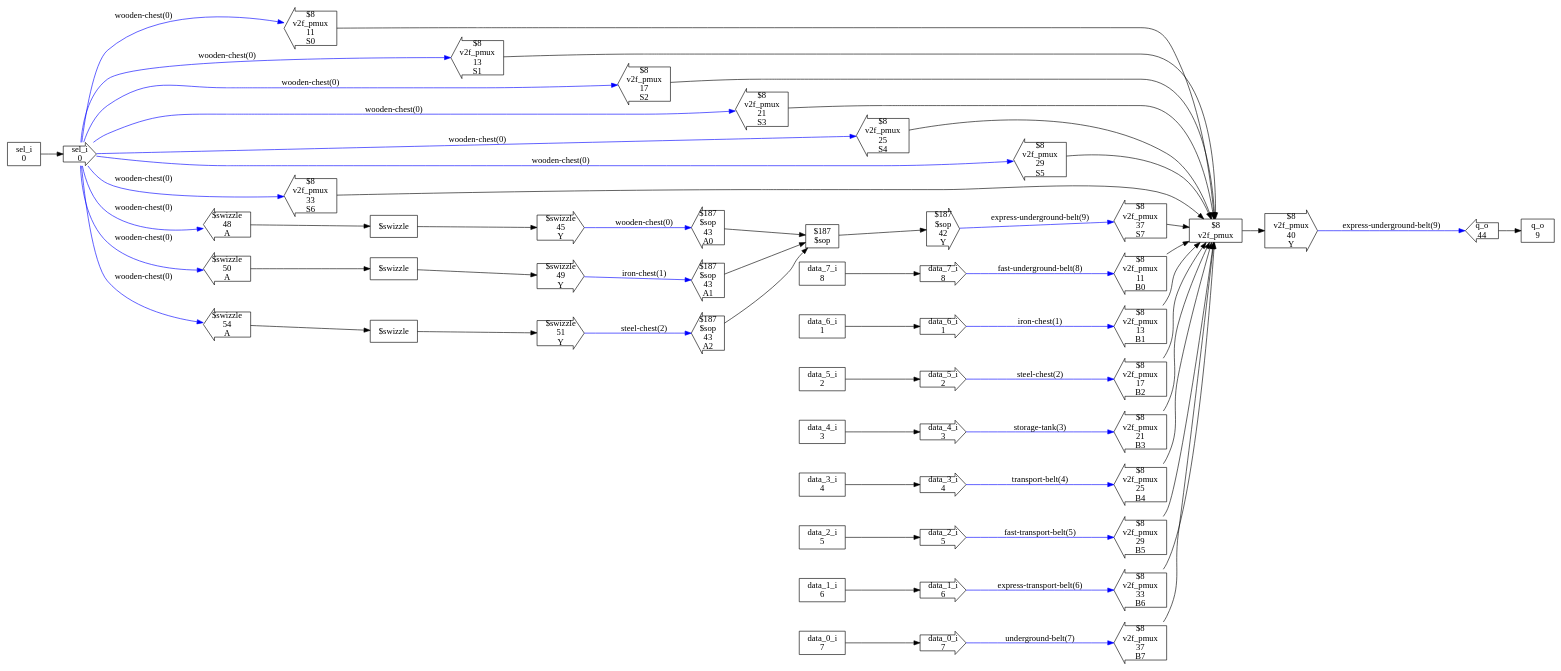
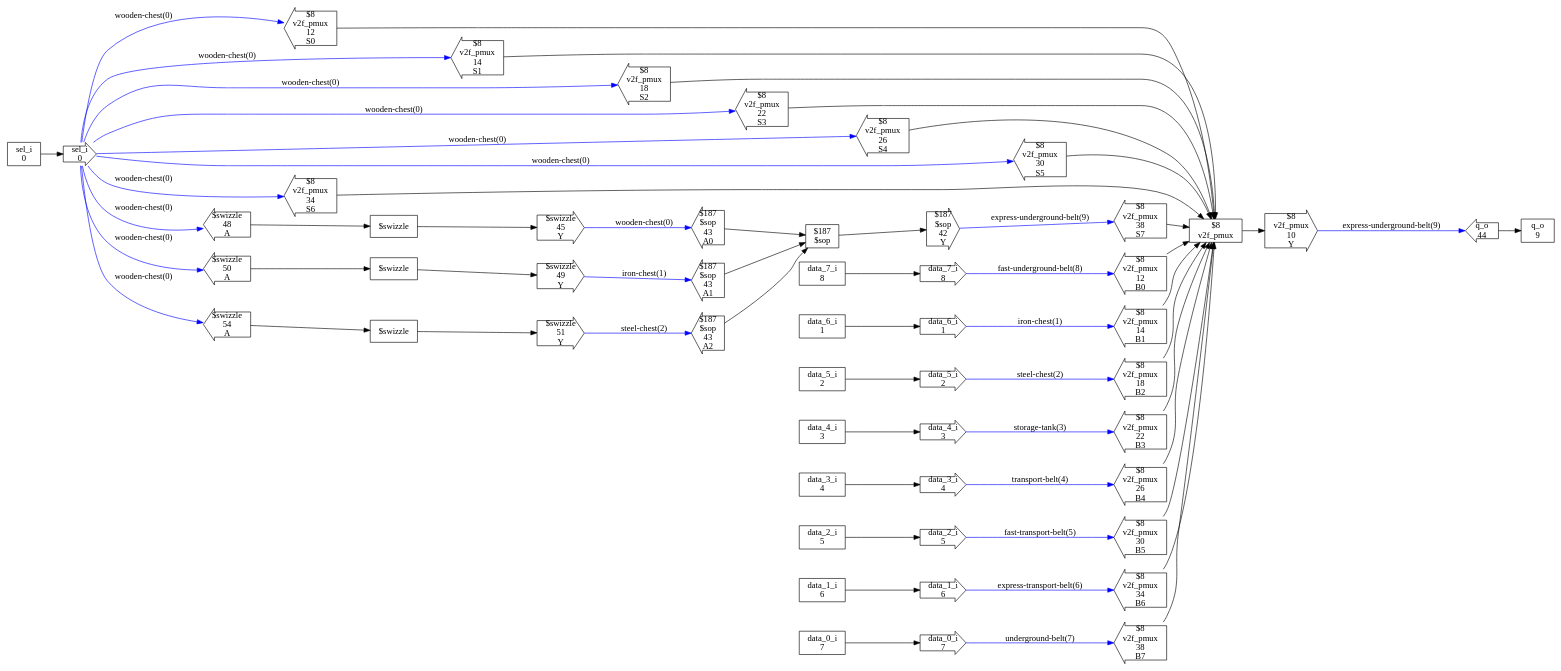
One commit to ben-j-c/verilog2factorio changed the diagram in test_designs/pmux/checked_design.dot. Above: the diagram before and after it, drawn with Graphviz. The commit also changed 44 other files, not shown here.

```diff
--- a/test_designs/pmux/checked_design.dot
+++ b/test_designs/pmux/checked_design.dot
@@ -46,71 +46,71 @@
 44"]
   n38[shape=larrow,label="$8
 v2f_pmux
-11
+12
 B0"]
   n39[shape=larrow,label="$8
 v2f_pmux
-13
+14
 B1"]
   n40[shape=larrow,label="$8
 v2f_pmux
-17
+18
 B2"]
   n41[shape=larrow,label="$8
 v2f_pmux
-21
+22
 B3"]
   n42[shape=larrow,label="$8
 v2f_pmux
-25
+26
 B4"]
   n43[shape=larrow,label="$8
 v2f_pmux
-29
+30
 B5"]
   n44[shape=larrow,label="$8
 v2f_pmux
-33
+34
 B6"]
   n45[shape=larrow,label="$8
 v2f_pmux
-37
+38
 B7"]
   n46[shape=larrow,label="$8
 v2f_pmux
-11
+12
 S0"]
   n47[shape=larrow,label="$8
 v2f_pmux
-13
+14
 S1"]
   n48[shape=larrow,label="$8
 v2f_pmux
-17
+18
 S2"]
   n49[shape=larrow,label="$8
 v2f_pmux
-21
+22
 S3"]
   n50[shape=larrow,label="$8
 v2f_pmux
-25
+26
 S4"]
   n51[shape=larrow,label="$8
 v2f_pmux
-29
+30
 S5"]
   n52[shape=larrow,label="$8
 v2f_pmux
-33
+34
 S6"]
   n53[shape=larrow,label="$8
 v2f_pmux
-37
+38
 S7"]
   n54[shape=rarrow,label="$8
 v2f_pmux
-40
+10
 Y"]
   n61[shape=larrow,label="$187
 $sop
```
